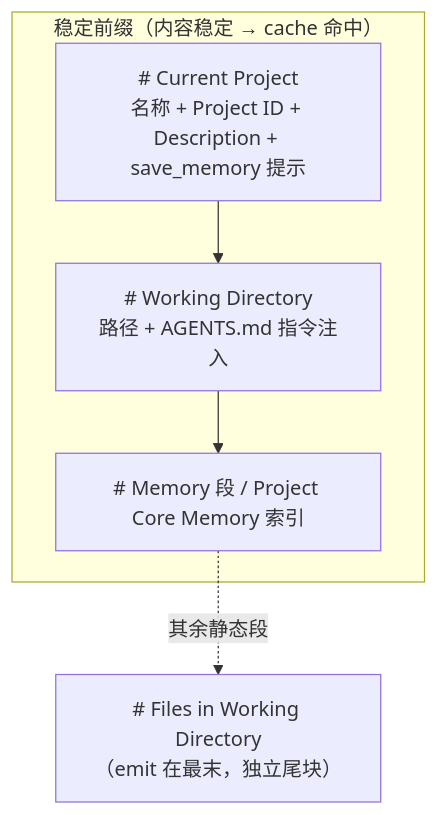
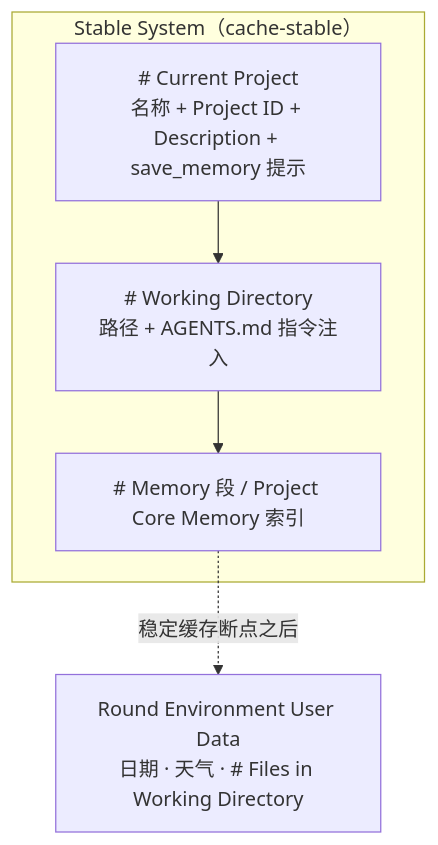
One commit to gabrielmoreira/agent-skills-mirror changed the sixth of 8 diagrams in mirrors/repos/shiwenwen@hope-agent/docs/architecture/core/project.md. Above: the diagram before and after it, drawn with Mermaid. The commit also changed other lines of this file and 2625 other files, not shown here.

````diff
--- a/mirrors/repos/shiwenwen@hope-agent/docs/architecture/core/project.md
+++ b/mirrors/repos/shiwenwen@hope-agent/docs/architecture/core/project.md
@@ -313,11 +313,12 @@
 ```mermaid
 flowchart TD
-    subgraph PREFIX["稳定前缀（内容稳定 → cache 命中）"]
+    subgraph PREFIX["Stable System（cache-stable）"]
         CP["# Current Project<br/>名称 + Project ID + Description + save_memory 提示"]
         WD["# Working Directory<br/>路径 + AGENTS.md 指令注入"]
         MEM["# Memory 段 / Project Core Memory 索引"]
     end
-    TAIL["# Files in Working Directory<br/>（emit 在最末，独立尾块）"]
+    DATA["Round Environment User Data<br/>日期 · 天气 · # Files in Working Directory"]
 
-    CP --> WD --> MEM -.其余静态段.-> TAIL
+    CP --> WD --> MEM
+    MEM -.稳定缓存断点之后.-> DATA
 ```
````
